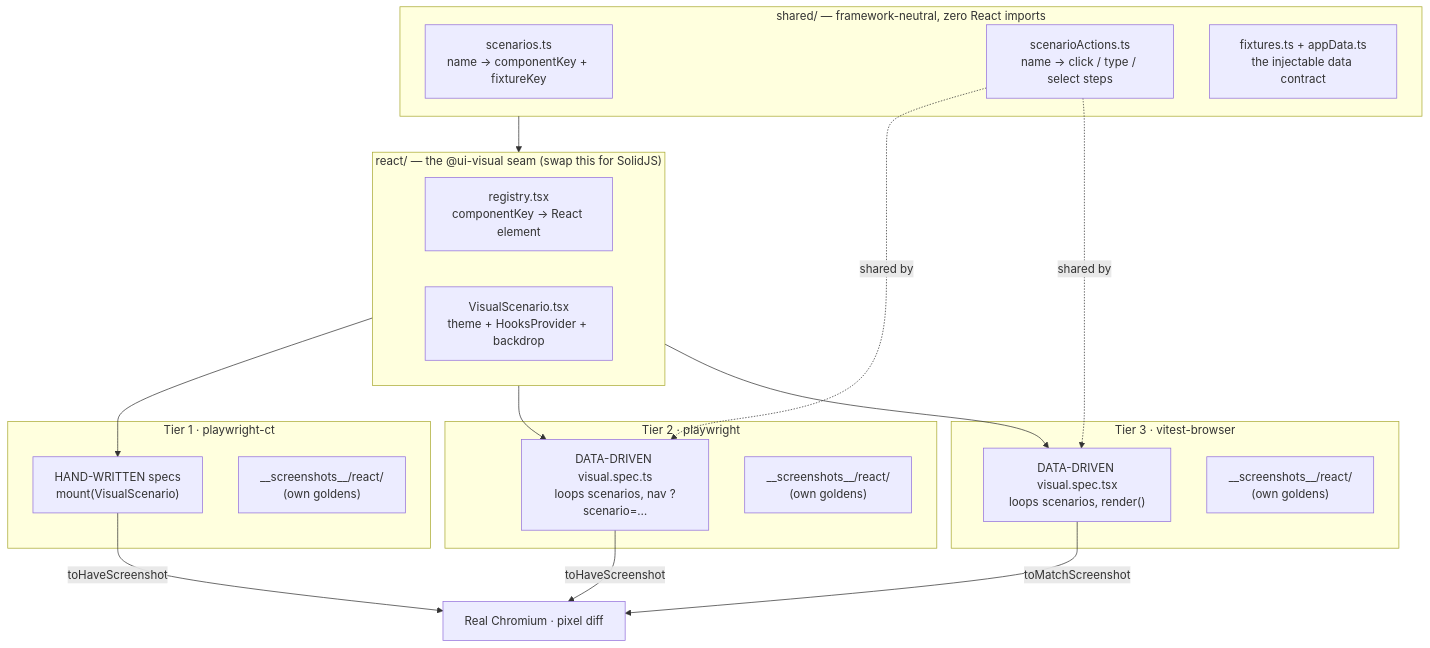
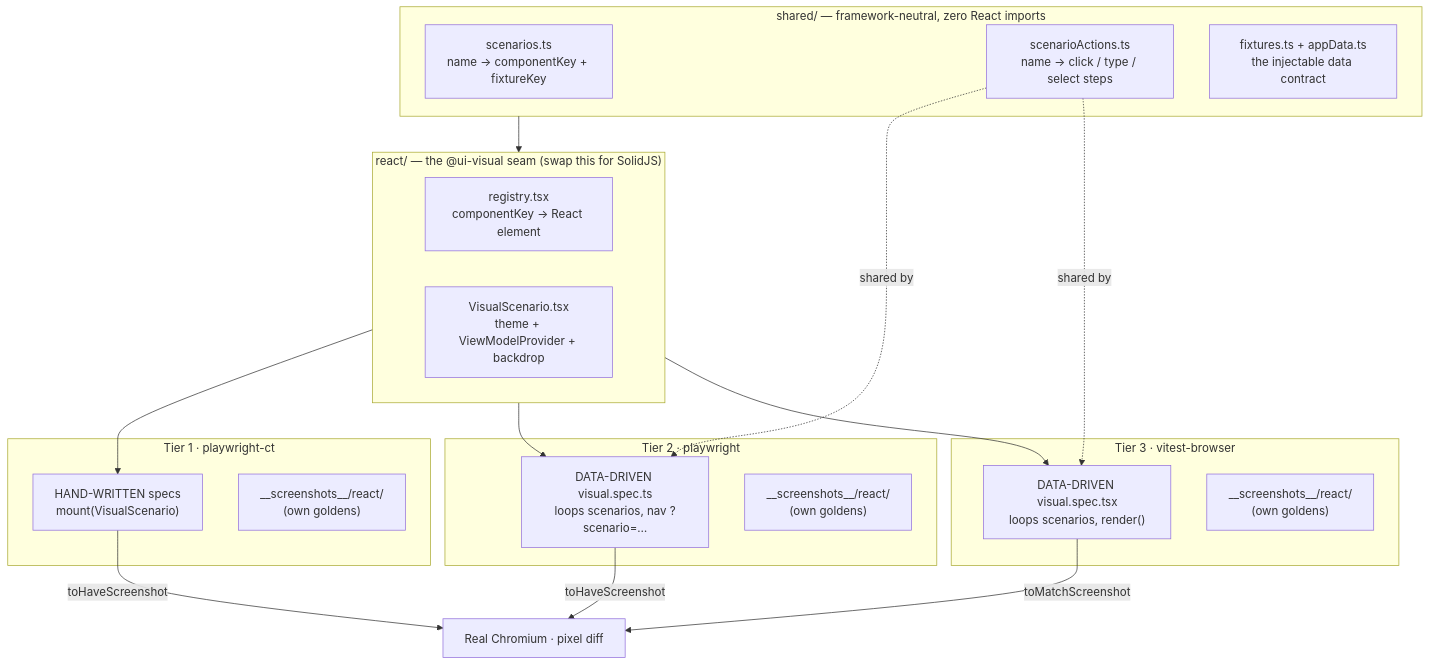
The diagram in packages/client-react/tests/ui/visual/README.md (bettersoftware-io/ReactiveTraderCloudClone), drawn with Mermaid before and after one commit. The commit also changed other lines of this file and 70 other files, not shown here.

Commit message:
refactor(client): rename UI DI seam Hooks/AppHooks → ViewModel (ADR-004)

````diff
--- a/packages/client-react/tests/ui/visual/README.md
+++ b/packages/client-react/tests/ui/visual/README.md
@@ -153,38 +153,38 @@
 ```mermaid
 flowchart TB
     subgraph CORE["shared/ — framework-neutral, zero React imports"]
         SC["scenarios.ts<br/>name → componentKey + fixtureKey"]
         SA["scenarioActions.ts<br/>name → click / type / select steps"]
         FX["fixtures.ts + appData.ts<br/>the injectable data contract"]
     end
 
     subgraph REACT["react/ — the @ui-visual seam (swap this for SolidJS)"]
         REG["registry.tsx<br/>componentKey → React element"]
-        VS["VisualScenario.tsx<br/>theme + HooksProvider + backdrop"]
+        VS["VisualScenario.tsx<br/>theme + ViewModelProvider + backdrop"]
     end
 
     CORE --> REACT
 
     subgraph T1["Tier 1 · playwright-ct"]
         T1S["HAND-WRITTEN specs<br/>mount(VisualScenario)"]
         T1G["__screenshots__/react/<br/>(own goldens)"]
     end
     subgraph T2["Tier 2 · playwright"]
         T2S["DATA-DRIVEN visual.spec.ts<br/>loops scenarios, nav ?scenario=…"]
         T2G["__screenshots__/react/<br/>(own goldens)"]
     end
     subgraph T3["Tier 3 · vitest-browser"]
         T3S["DATA-DRIVEN visual.spec.tsx<br/>loops scenarios, render()"]
         T3G["__screenshots__/react/<br/>(own goldens)"]
     end
 
     REACT --> T1S
     REACT --> T2S
     REACT --> T3S
     SA -. shared by .-> T2S
     SA -. shared by .-> T3S
 
     T1S -->|toHaveScreenshot| OUT["Real Chromium · pixel diff"]
     T2S -->|toHaveScreenshot| OUT
     T3S -->|toMatchScreenshot| OUT
 ```
````
